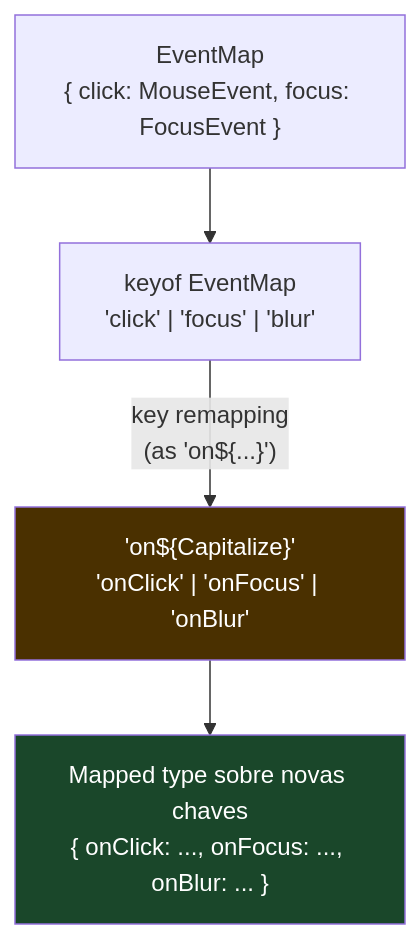
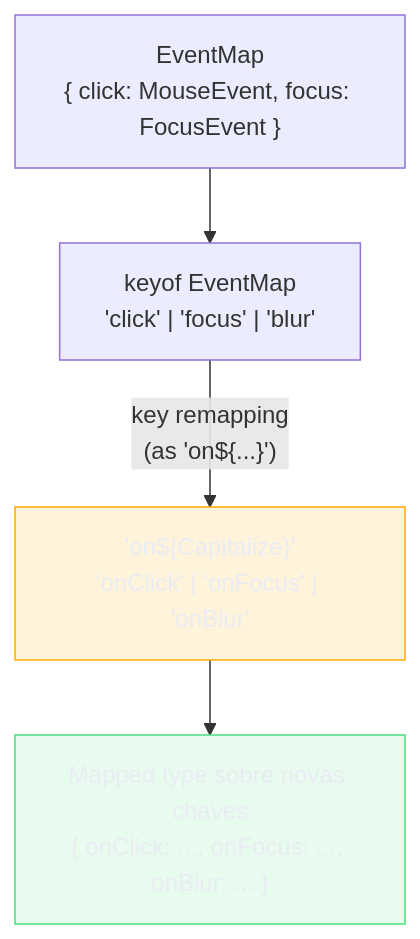
The second of 4 diagrams in 03-Dominios/Tecnologia/TypeScript/17 - Template literal types.md (josenaldo/codex-technomanticus), drawn with Mermaid before and after one commit. The commit also changed other lines of this file and 1181 other files, not shown here.

First line of the commit message:
fix(diagramas): paleta do sistema no lugar de cor cravada no markdown

````diff
--- a/03-Dominios/Tecnologia/TypeScript/17 - Template literal types.md
+++ b/03-Dominios/Tecnologia/TypeScript/17 - Template literal types.md
@@ -145,14 +147,16 @@
 ```mermaid
 flowchart TD
+    classDef destaque fill:#FFAA0024,stroke:#FFAA00,color:#E9ECF2
+    classDef ok fill:#4ADE8021,stroke:#4ADE80,color:#E9ECF2
     EM["EventMap\n{ click: MouseEvent, focus: FocusEvent }"]
     KY["keyof EventMap\n'click' | 'focus' | 'blur'"]
     TL["'on${Capitalize<K>}'\n'onClick' | 'onFocus' | 'onBlur'"]
     MT["Mapped type sobre novas chaves\n{ onClick: ..., onFocus: ..., onBlur: ... }"]
 
     EM --> KY
     KY -->|"key remapping\n(as 'on${...}')"| TL
     TL --> MT
 
-    style TL fill:#4a3000,color:#fff
-    style MT fill:#1a472a,color:#fff
+    class TL destaque
+    class MT ok
 ```
````
